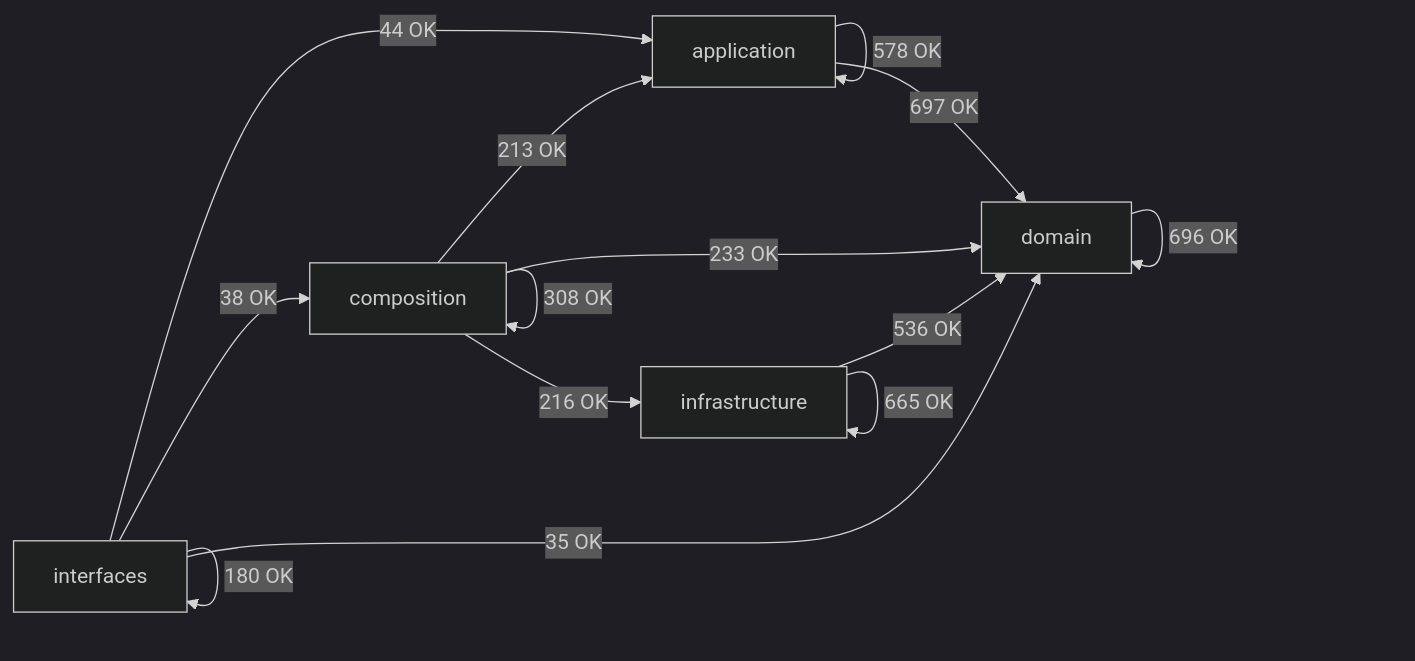
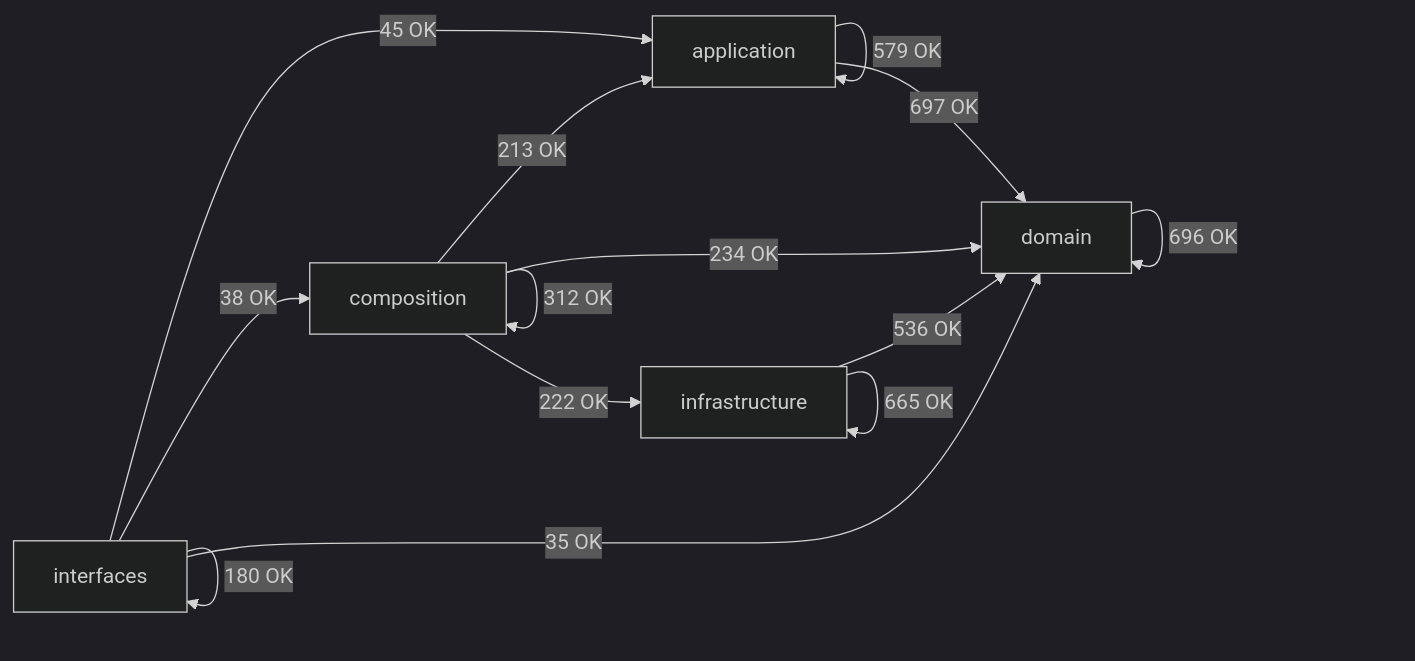
The diagram in docs/02-architecture/generated/module-dependency-map.md (SatoryKono/BioactivityDataAcquisition), drawn with Mermaid (dark theme) before and after one commit. The commit also changed other lines of this file and 108 other files, not shown here.

First line of the commit message:
Add architecture evidence, plans and CI config

````diff
--- a/docs/02-architecture/generated/module-dependency-map.md
+++ b/docs/02-architecture/generated/module-dependency-map.md
@@ -16,21 +16,21 @@
 ```mermaid
 flowchart LR
     domain[domain]
     application[application]
     infrastructure[infrastructure]
     composition[composition]
     interfaces[interfaces]
-    application -->|578 OK| application
+    application -->|579 OK| application
     application -->|697 OK| domain
     composition -->|213 OK| application
-    composition -->|308 OK| composition
-    composition -->|233 OK| domain
-    composition -->|216 OK| infrastructure
+    composition -->|312 OK| composition
+    composition -->|234 OK| domain
+    composition -->|222 OK| infrastructure
     domain -->|696 OK| domain
     infrastructure -->|536 OK| domain
     infrastructure -->|665 OK| infrastructure
-    interfaces -->|44 OK| application
+    interfaces -->|45 OK| application
     interfaces -->|38 OK| composition
     interfaces -->|35 OK| domain
     interfaces -->|180 OK| interfaces
 ```
````
